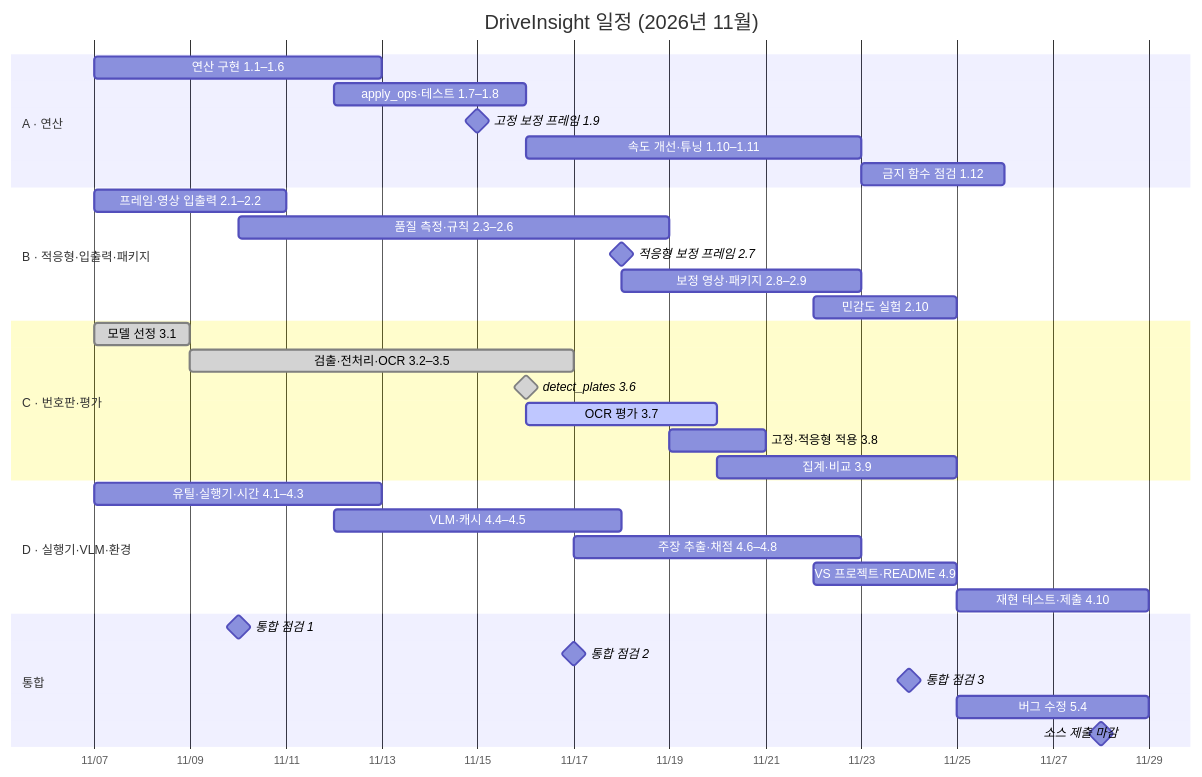
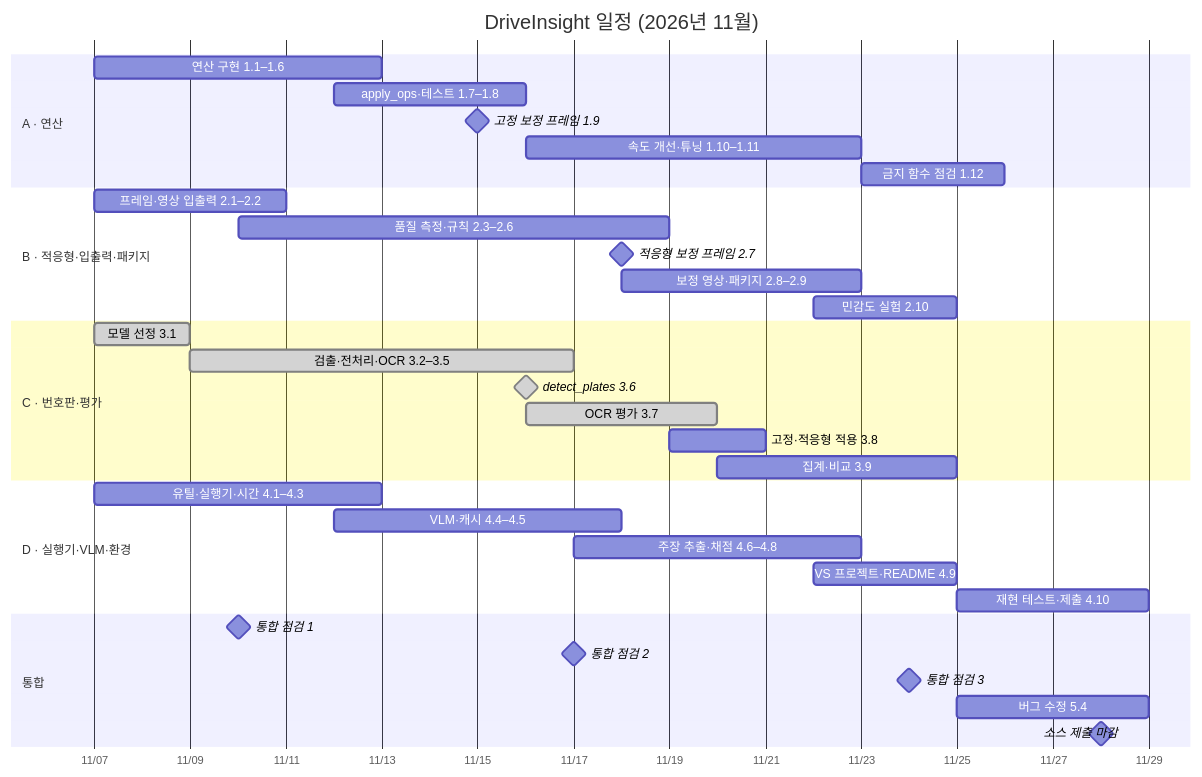
The diagram in docs/plan/team_plan.ko.md (ImageProcessing-DriveInsight/drive_insight), drawn with Mermaid before and after one commit. The commit also changed other lines of this file and 7 other files, not shown here.

````diff
--- a/docs/plan/team_plan.ko.md
+++ b/docs/plan/team_plan.ko.md
@@ -177,37 +177,37 @@
 ```mermaid
 gantt
     title DriveInsight 일정 (2026년 11월)
     dateFormat YYYY-MM-DD
     axisFormat %m/%d
     section A · 연산
     연산 구현 1.1–1.6              :a1, 2026-11-07, 2026-11-13
     apply_ops·테스트 1.7–1.8       :a2, 2026-11-12, 2026-11-16
     고정 보정 프레임 1.9            :milestone, a3, 2026-11-15, 0d
     속도 개선·튜닝 1.10–1.11        :a4, 2026-11-16, 2026-11-23
     금지 함수 점검 1.12             :a5, 2026-11-23, 2026-11-26
     section B · 적응형·입출력·패키지
     프레임·영상 입출력 2.1–2.2      :b1, 2026-11-07, 2026-11-11
     품질 측정·규칙 2.3–2.6          :b2, 2026-11-10, 2026-11-19
     적응형 보정 프레임 2.7          :milestone, b3, 2026-11-18, 0d
     보정 영상·패키지 2.8–2.9        :b4, 2026-11-18, 2026-11-23
     민감도 실험 2.10                :b5, 2026-11-22, 2026-11-25
     section C · 번호판·평가
     모델 선정 3.1                   :done, c1, 2026-11-07, 2026-11-09
     검출·전처리·OCR 3.2–3.5         :done, c2, 2026-11-09, 2026-11-17
     detect_plates 3.6               :milestone, done, c3, 2026-11-16, 0d
-    OCR 평가 3.7                    :active, c4, 2026-11-16, 2026-11-20
+    OCR 평가 3.7                    :done, c4, 2026-11-16, 2026-11-20
     고정·적응형 적용 3.8            :c5, 2026-11-19, 2026-11-21
     집계·비교 3.9                   :c6, 2026-11-20, 2026-11-25
     section D · 실행기·VLM·환경
     유틸·실행기·시간 4.1–4.3        :d1, 2026-11-07, 2026-11-13
     VLM·캐시 4.4–4.5                :d2, 2026-11-12, 2026-11-18
     주장 추출·채점 4.6–4.8          :d3, 2026-11-17, 2026-11-23
     VS 프로젝트·README 4.9          :d4, 2026-11-22, 2026-11-25
     재현 테스트·제출 4.10           :d5, 2026-11-25, 2026-11-29
     section 통합
     통합 점검 1                     :milestone, i1, 2026-11-10, 0d
     통합 점검 2                     :milestone, i2, 2026-11-17, 0d
     통합 점검 3                     :milestone, i3, 2026-11-24, 0d
     버그 수정 5.4                   :i4, 2026-11-25, 2026-11-29
     소스 제출 마감                  :milestone, i5, 2026-11-28, 0d
 ```
````
